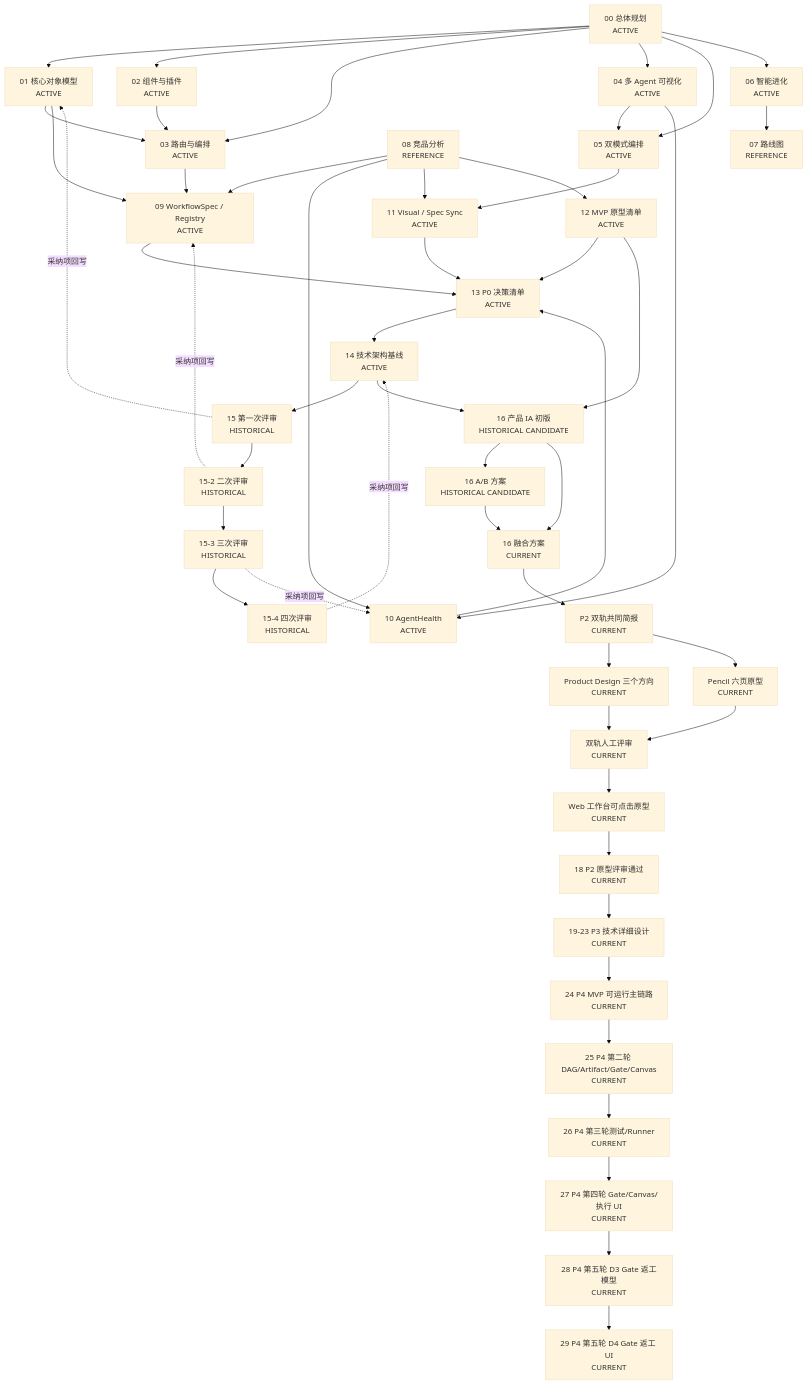
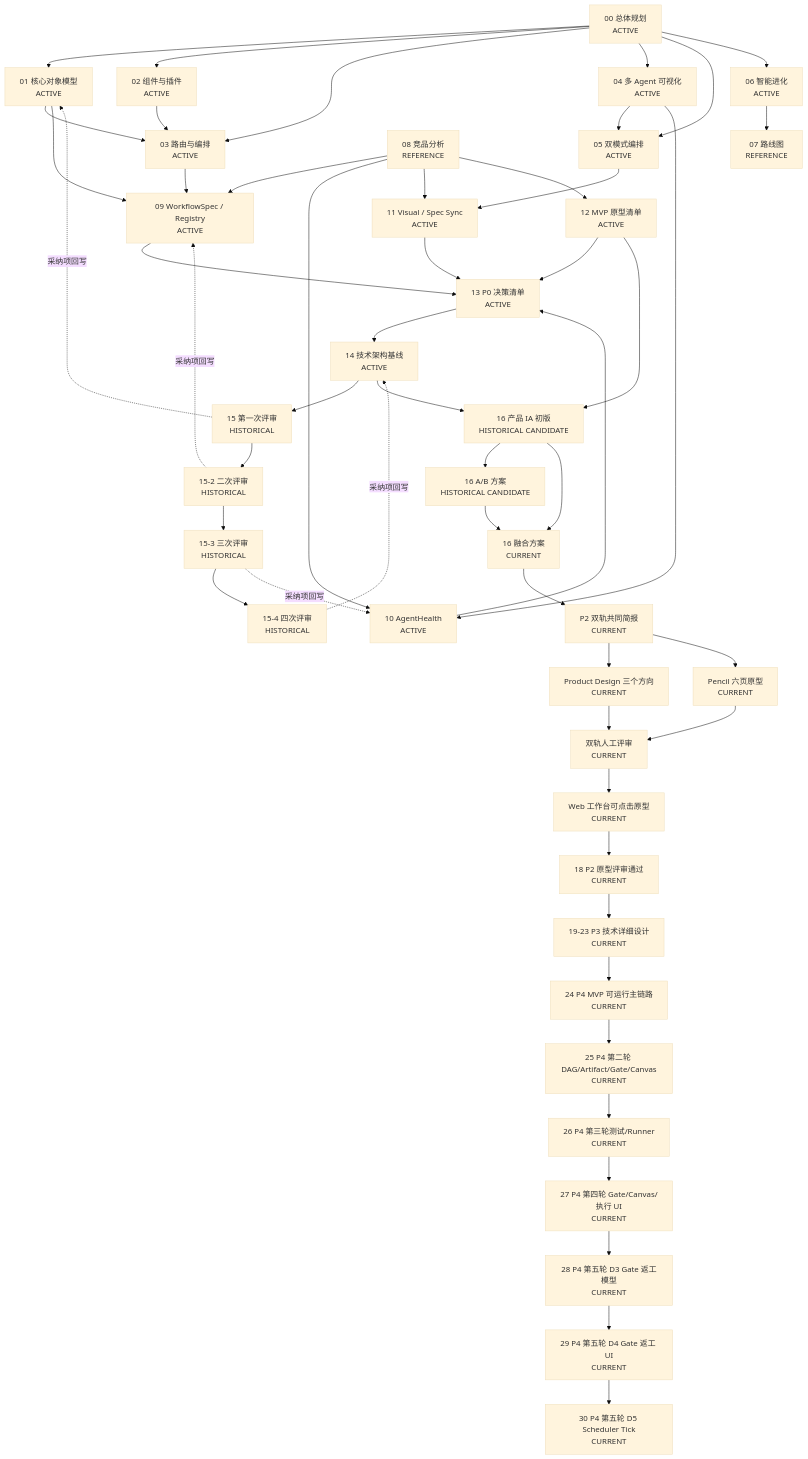
One commit to haozhangyue/miracle-agent changed the diagram in 17_文档资产关联与AI阅读导航.md. Above: the diagram before and after it, drawn with Mermaid (base theme). The commit also changed other lines of this file and 10 other files, not shown here.

````diff
--- a/17_文档资产关联与AI阅读导航.md
+++ b/17_文档资产关联与AI阅读导航.md
@@ -78,71 +78,72 @@
 ```mermaid
 flowchart TD
   P00["00 总体规划<br/>ACTIVE"]
   P01["01 核心对象模型<br/>ACTIVE"]
   P02["02 组件与插件<br/>ACTIVE"]
   P03["03 路由与编排<br/>ACTIVE"]
   P04["04 多 Agent 可视化<br/>ACTIVE"]
   P05["05 双模式编排<br/>ACTIVE"]
   P06["06 智能进化<br/>ACTIVE"]
   P07["07 路线图<br/>REFERENCE"]
 
   P00 --> P01
   P00 --> P02
   P00 --> P03
   P00 --> P04
   P00 --> P05
   P00 --> P06
   P01 --> P03
   P02 --> P03
   P04 --> P05
   P06 --> P07
 
   P08["08 竞品分析<br/>REFERENCE"]
   P08 --> P09["09 WorkflowSpec / Registry<br/>ACTIVE"]
   P08 --> P10["10 AgentHealth<br/>ACTIVE"]
   P08 --> P11["11 Visual / Spec Sync<br/>ACTIVE"]
   P08 --> P12["12 MVP 原型清单<br/>ACTIVE"]
 
   P01 --> P09
   P03 --> P09
   P04 --> P10
   P05 --> P11
 
   P09 --> P13["13 P0 决策清单<br/>ACTIVE"]
   P10 --> P13
   P11 --> P13
   P12 --> P13
 
   P13 --> P14["14 技术架构基线<br/>ACTIVE"]
 
   P14 --> R1["15 第一次评审<br/>HISTORICAL"]
   R1 --> R2["15-2 二次评审<br/>HISTORICAL"]
   R2 --> R3["15-3 三次评审<br/>HISTORICAL"]
   R3 --> R4["15-4 四次评审<br/>HISTORICAL"]
 
   R1 -.采纳项回写.-> P01
   R2 -.采纳项回写.-> P09
   R3 -.采纳项回写.-> P10
   R4 -.采纳项回写.-> P14
 
   P14 --> IA1["16 产品 IA 初版<br/>HISTORICAL CANDIDATE"]
   P12 --> IA1
   IA1 --> IAB["16 A/B 方案<br/>HISTORICAL CANDIDATE"]
   IA1 --> IAF["16 融合方案<br/>CURRENT"]
   IAB --> IAF
 
   IAF --> Brief["P2 双轨共同简报<br/>CURRENT"]
   Brief --> PD["Product Design 三个方向<br/>CURRENT"]
   Brief --> Pencil["Pencil 六页原型<br/>CURRENT"]
   PD --> Review["双轨人工评审<br/>CURRENT"]
   Pencil --> Review
   Review --> Fusion["Web 工作台可点击原型<br/>CURRENT"]
   Fusion --> P18["18 P2 原型评审通过<br/>CURRENT"]
   P18 --> P3["19-23 P3 技术详细设计<br/>CURRENT"]
   P3 --> P4["24 P4 MVP 可运行主链路<br/>CURRENT"]
   P4 --> P4B["25 P4 第二轮 DAG/Artifact/Gate/Canvas<br/>CURRENT"]
   P4B --> P4C["26 P4 第三轮测试/Runner<br/>CURRENT"]
   P4C --> P4D["27 P4 第四轮 Gate/Canvas/执行 UI<br/>CURRENT"]
   P4D --> P4E["28 P4 第五轮 D3 Gate 返工模型<br/>CURRENT"]
   P4E --> P4F["29 P4 第五轮 D4 Gate 返工 UI<br/>CURRENT"]
+  P4F --> P4G["30 P4 第五轮 D5 Scheduler Tick<br/>CURRENT"]
 ```
````
